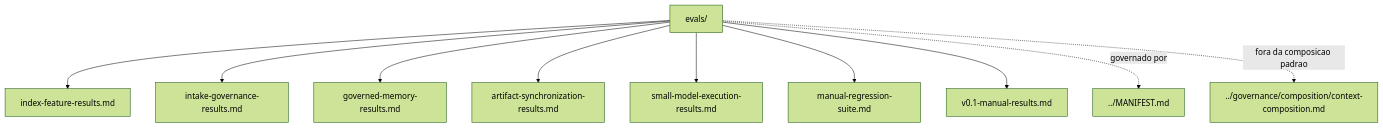
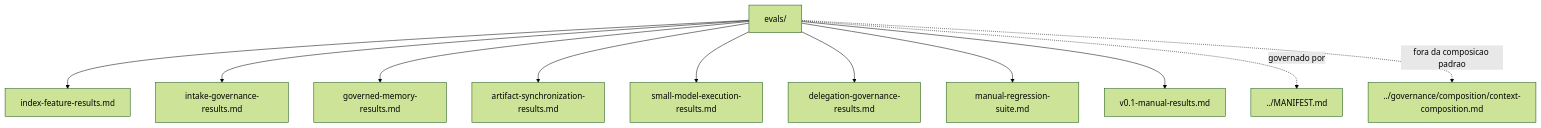
The diagram in evals/README.md (moreira-and/agent-ops), drawn with Mermaid (forest theme) before and after one commit. The commit also changed other lines of this file and 19 other files, not shown here.

````diff
--- a/evals/README.md
+++ b/evals/README.md
@@ -104,13 +105,14 @@
 ```mermaid
 flowchart TD
     current["evals/"]
     current --> n1["index-feature-results.md"]
     current --> n2["intake-governance-results.md"]
     current --> n3["governed-memory-results.md"]
     current --> n4["artifact-synchronization-results.md"]
     current --> n5["small-model-execution-results.md"]
-    current --> n6["manual-regression-suite.md"]
-    current --> n7["v0.1-manual-results.md"]
-    current -. "governado por" .-> n8["../MANIFEST.md"]
-    current -. "fora da composicao padrao" .-> n9["../governance/composition/context-composition.md"]
+    current --> n6["delegation-governance-results.md"]
+    current --> n7["manual-regression-suite.md"]
+    current --> n8["v0.1-manual-results.md"]
+    current -. "governado por" .-> n9["../MANIFEST.md"]
+    current -. "fora da composicao padrao" .-> n10["../governance/composition/context-composition.md"]
 ```
````
